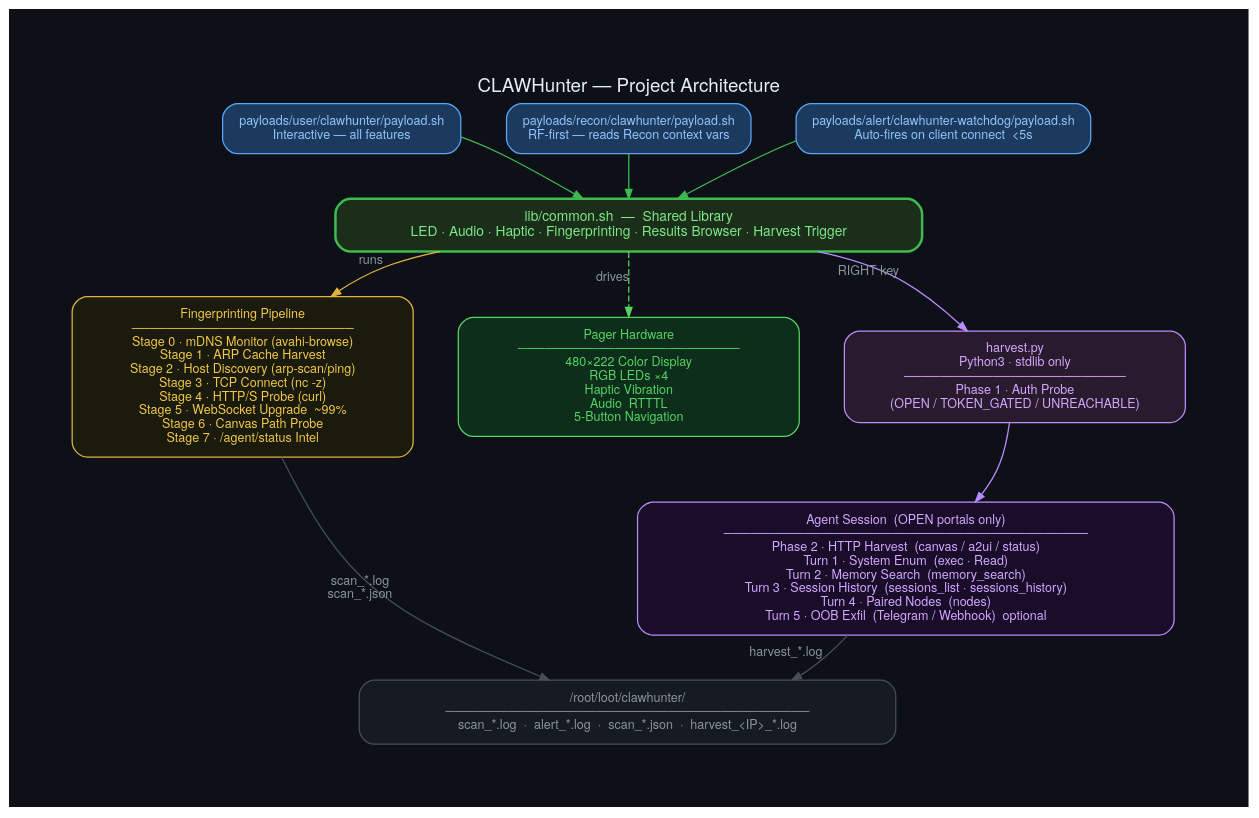
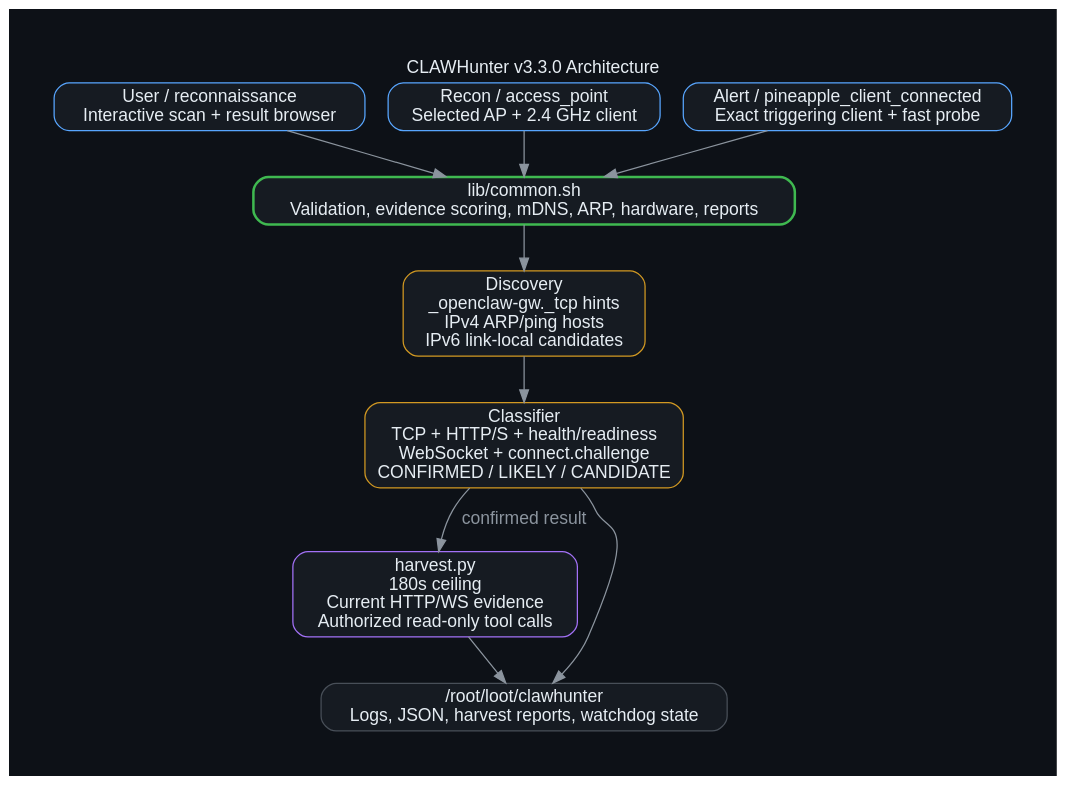
One commit to doublegate/CLAWHunter changed the diagram in docs/architecture.dot. Above: the diagram before and after it, drawn with Graphviz. The commit also changed 24 other files, not shown here.

```diff
--- a/docs/architecture.dot
+++ b/docs/architecture.dot
@@ -1,123 +1,34 @@
 digraph CLAWHunter {
-    graph [
-        bgcolor="#0d1117"
-        fontname="Helvetica Neue,Helvetica,Arial,sans-serif"
-        fontcolor="#e6edf3"
-        fontsize=15
-        pad=0.7
-        splines=curved
-        rankdir=TB
-        nodesep=0.5
-        ranksep=0.5
-        label="CLAWHunter — Project Architecture"
-        labelloc=t
-        labeljust=c
-    ]
-    node [
-        fontname="Helvetica Neue,Helvetica,Arial,sans-serif"
-        fontcolor="#e6edf3"
-        fontsize=10
-        style="filled,rounded"
-        shape=box
-        margin="0.20,0.12"
-    ]
-    edge [
-        fontname="Helvetica Neue,Helvetica,Arial,sans-serif"
-        fontcolor="#8b949e"
-        fontsize=10
-        color="#30363d"
-        arrowsize=0.75
-    ]
+    // Source-of-truth diagram for both docs/architecture.svg and the README PNG.
+    graph [rankdir=TB, bgcolor="#0d1117", fontcolor="#e6edf3", fontname="Helvetica", label="CLAWHunter v3.3.0 Architecture", labelloc=t, pad=0.5]
+    node [shape=box, style="filled,rounded", fontname="Helvetica", fontcolor="#e6edf3", color="#484f58", fillcolor="#161b22"]
+    edge [color="#8b949e", fontcolor="#8b949e", fontname="Helvetica"]
 
-    // ── Rank assignments ───────────────────────────────────────────────────
-    { rank=same; P_USER P_RECON P_ALERT }
-    { rank=same; LIB }
-    { rank=same; FP_PIPELINE HW HARVEST }
-    { rank=same; H_PHASES }
-    { rank=sink;  LOOT }
+    // Entry points match the official Hak5 Payload Library category hierarchy.
+    user [label="User / reconnaissance\nInteractive scan + result browser", color="#58a6ff"]
+    recon [label="Recon / access_point\nSelected AP + 2.4 GHz client", color="#58a6ff"]
+    alert [label="Alert / pineapple_client_connected\nExact triggering client + fast probe", color="#58a6ff"]
+    // Shared behavior belongs here so Recon, alert, and interactive evidence
+    // semantics cannot drift independently.
+    common [label="lib/common.sh\nValidation, evidence scoring, mDNS, ARP, hardware, reports", color="#3fb950", penwidth=2]
+    // Discovery separates unauthenticated hints and IP families before probes.
+    discovery [label="Discovery\n_openclaw-gw._tcp hints\nIPv4 ARP/ping hosts\nIPv6 link-local candidates", color="#d29922"]
+    // The classifier is the only component allowed to create confirmed results.
+    probe [label="Classifier\nTCP + HTTP/S + health/readiness\nWebSocket + connect.challenge\nCONFIRMED / LIKELY / CANDIDATE", color="#d29922"]
+    // Assessment is an explicit action and never participates in discovery.
+    harvest [label="harvest.py\n180s ceiling\nCurrent HTTP/WS evidence\nAuthorized read-only tool calls", color="#a371f7"]
+    // All persistence stays local to the standard Pager loot tree.
+    output [label="/root/loot/clawhunter\nLogs, JSON, harvest reports, watchdog state"]
 
-    // ── Entry Points ───────────────────────────────────────────────────────
-    P_USER [
-        label="payloads/user/clawhunter/payload.sh\nInteractive — all features"
-        fillcolor="#1c3a5e" color="#58a6ff" fontcolor="#93c5fd"
-    ]
-    P_RECON [
-        label="payloads/recon/clawhunter/payload.sh\nRF-first — reads Recon context vars"
-        fillcolor="#1c3a5e" color="#58a6ff" fontcolor="#93c5fd"
-    ]
-    P_ALERT [
-        label="payloads/alert/clawhunter-watchdog/payload.sh\nAuto-fires on client connect  <5s"
-        fillcolor="#1c3a5e" color="#58a6ff" fontcolor="#93c5fd"
-    ]
-
-    // ── Shared Library ─────────────────────────────────────────────────────
-    LIB [
-        label="lib/common.sh  —  Shared Library\nLED · Audio · Haptic · Fingerprinting · Results Browser · Harvest Trigger"
-        fillcolor="#1a2e1a"
-        color="#3fb950"
-        fontcolor="#7ee787"
-        fontsize=11
-        penwidth=2
-        width=6.5
-    ]
-
-    // ── Fingerprinting Pipeline ────────────────────────────────────────────
-    FP_PIPELINE [
-        label="Fingerprinting Pipeline\n─────────────────────────\nStage 0 · mDNS Monitor (avahi-browse)\nStage 1 · ARP Cache Harvest\nStage 2 · Host Discovery (arp-scan/ping)\nStage 3 · TCP Connect (nc -z)\nStage 4 · HTTP/S Probe (curl)\nStage 5 · WebSocket Upgrade  ~99%\nStage 6 · Canvas Path Probe\nStage 7 · /agent/status Intel"
-        fillcolor="#1a1a0d"
-        color="#e3b341"
-        fontcolor="#f0c84a"
-        fontsize=10
-    ]
-
-    // ── Pager Hardware ─────────────────────────────────────────────────────
-    HW [
-        label="Pager Hardware\n─────────────────────────\n480×222 Color Display\nRGB LEDs ×4\nHaptic Vibration\nAudio  RTTTL\n5-Button Navigation"
-        fillcolor="#0d2e1a"
-        color="#56d364"
-        fontcolor="#56d364"
-        fontsize=10
-    ]
-
-    // ── Harvest Engine ─────────────────────────────────────────────────────
-    HARVEST [
-        label="harvest.py\nPython3 · stdlib only\n─────────────────────────\nPhase 1 · Auth Probe\n(OPEN / TOKEN_GATED / UNREACHABLE)"
-        fillcolor="#2a1a2e"
-        color="#bc8cff"
-        fontcolor="#d2a8ff"
-        fontsize=10
-    ]
-
-    // ── Agent Session Phases ───────────────────────────────────────────────
-    H_PHASES [
-        label="Agent Session  (OPEN portals only)\n─────────────────────────────────────────\nPhase 2 · HTTP Harvest  (canvas / a2ui / status)\nTurn 1 · System Enum  (exec · Read)\nTurn 2 · Memory Search  (memory_search)\nTurn 3 · Session History  (sessions_list · sessions_history)\nTurn 4 · Paired Nodes  (nodes)\nTurn 5 · OOB Exfil  (Telegram / Webhook)  optional"
-        fillcolor="#1a0d2a"
-        color="#bc8cff"
-        fontcolor="#d2a8ff"
-        fontsize=10
-        width=5.5
-    ]
-
-    // ── Loot Output ────────────────────────────────────────────────────────
-    LOOT [
-        label="/root/loot/clawhunter/\n─────────────────────────────────────────\nscan_*.log  ·  alert_*.log  ·  scan_*.json  ·  harvest_<IP>_*.log"
-        fillcolor="#161b22"
-        color="#484f58"
-        fontcolor="#8b949e"
-        fontsize=10
-        width=5.5
-    ]
-
-    // ── Edges ──────────────────────────────────────────────────────────────
-    P_USER  -> LIB [color="#3fb950"]
-    P_RECON -> LIB [color="#3fb950"]
-    P_ALERT -> LIB [color="#3fb950"]
-
-    LIB -> FP_PIPELINE [color="#e3b341" xlabel="runs"]
-    LIB -> HW          [color="#56d364" style=dashed xlabel="drives"]
-    LIB -> HARVEST     [color="#bc8cff" xlabel="RIGHT key"]
-
-    FP_PIPELINE -> LOOT    [color="#484f58" xlabel="scan_*.log\nscan_*.json"]
-    HARVEST     -> H_PHASES [color="#bc8cff"]
-    H_PHASES    -> LOOT    [color="#484f58" xlabel="harvest_*.log"]
+    // Data flow ends in local Pager loot; no remote staging/exfiltration exists.
+    {rank=same; user; recon; alert}
+    user -> common
+    recon -> common
+    alert -> common
+    // Shared flow: gather candidates, classify evidence, then persist locally.
+    common -> discovery
+    discovery -> probe
+    probe -> output
+    probe -> harvest [label="confirmed result"]
+    harvest -> output
 }
```
